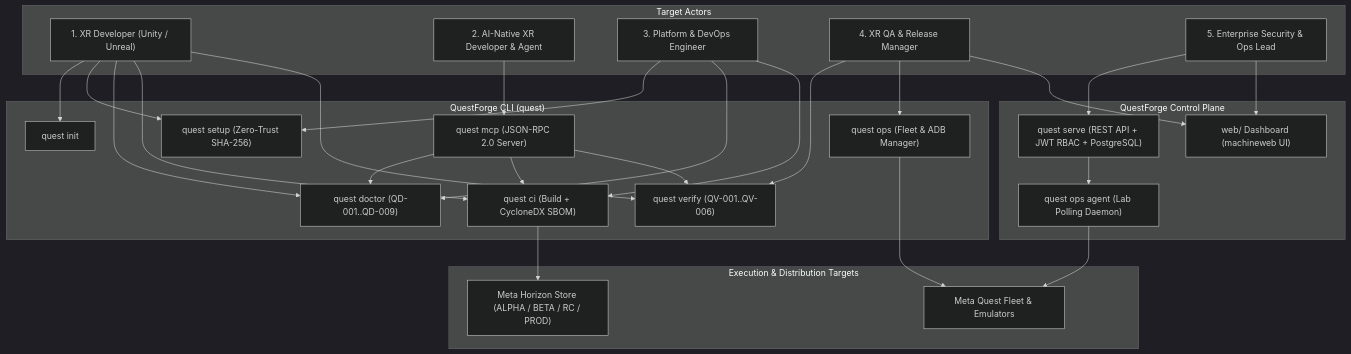
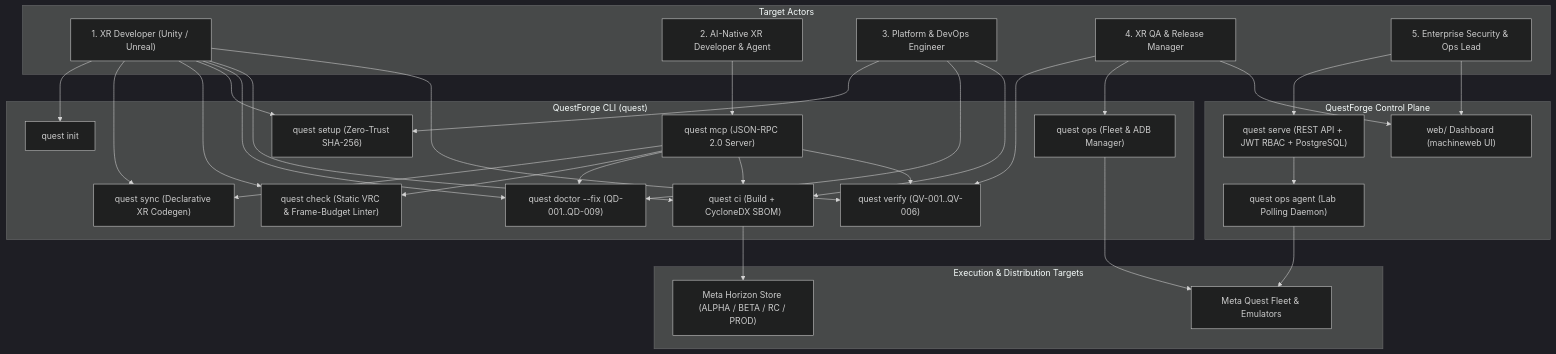
One commit to sweengineeringlabs/questforge changed the first of 10 diagrams in docs/3-design/developer_workflow.md. Above: the diagram before and after it, drawn with Mermaid (dark theme). The commit also changed other lines of this file and 15 other files, not shown here.

Commit message:
feat(dx): implement xr_features, quest sync, quest check, and quest doctor --fix (#15)

````diff
--- a/docs/3-design/developer_workflow.md
+++ b/docs/3-design/developer_workflow.md
@@ -11,57 +11,63 @@
 ```mermaid
 flowchart TD
     subgraph Actors["Target Actors"]
         Dev["1. XR Developer (Unity / Unreal)"]
         AIDev["2. AI-Native XR Developer & Agent"]
         DevOps["3. Platform & DevOps Engineer"]
         QA["4. XR QA & Release Manager"]
         Ent["5. Enterprise Security & Ops Lead"]
     end
 
     subgraph CLI["QuestForge CLI (quest)"]
         Init["quest init"]
+        Sync["quest sync (Declarative XR Codegen)"]
+        Check["quest check (Static VRC & Frame-Budget Linter)"]
         Setup["quest setup (Zero-Trust SHA-256)"]
-        Doctor["quest doctor (QD-001..QD-009)"]
+        Doctor["quest doctor --fix (QD-001..QD-009)"]
         MCP["quest mcp (JSON-RPC 2.0 Server)"]
         CI["quest ci (Build + CycloneDX SBOM)"]
         Verify["quest verify (QV-001..QV-006)"]
         Ops["quest ops (Fleet & ADB Manager)"]
     end
 
     subgraph ControlPlane["QuestForge Control Plane"]
         Serve["quest serve (REST API + JWT RBAC + PostgreSQL)"]
         Web["web/ Dashboard (machineweb UI)"]
         Agent["quest ops agent (Lab Polling Daemon)"]
     end
 
     subgraph Targets["Execution & Distribution Targets"]
         Headsets["Meta Quest Fleet & Emulators"]
         Store["Meta Horizon Store (ALPHA / BETA / RC / PROD)"]
     end
 
     Dev --> Init
+    Dev --> Sync
+    Dev --> Check
     Dev --> Setup
     Dev --> Doctor
     Dev --> CI
     Dev --> Verify
 
     AIDev --> MCP
+    MCP --> Sync
+    MCP --> Check
     MCP --> Doctor
     MCP --> CI
     MCP --> Verify
 
     DevOps --> Setup
     DevOps --> Doctor
     DevOps --> CI
     CI --> Store
 
     QA --> Verify
     QA --> Ops
     QA --> Web
     Ops --> Headsets
 
     Ent --> Serve
     Ent --> Web
     Serve --> Agent
     Agent --> Headsets
 ```
````
